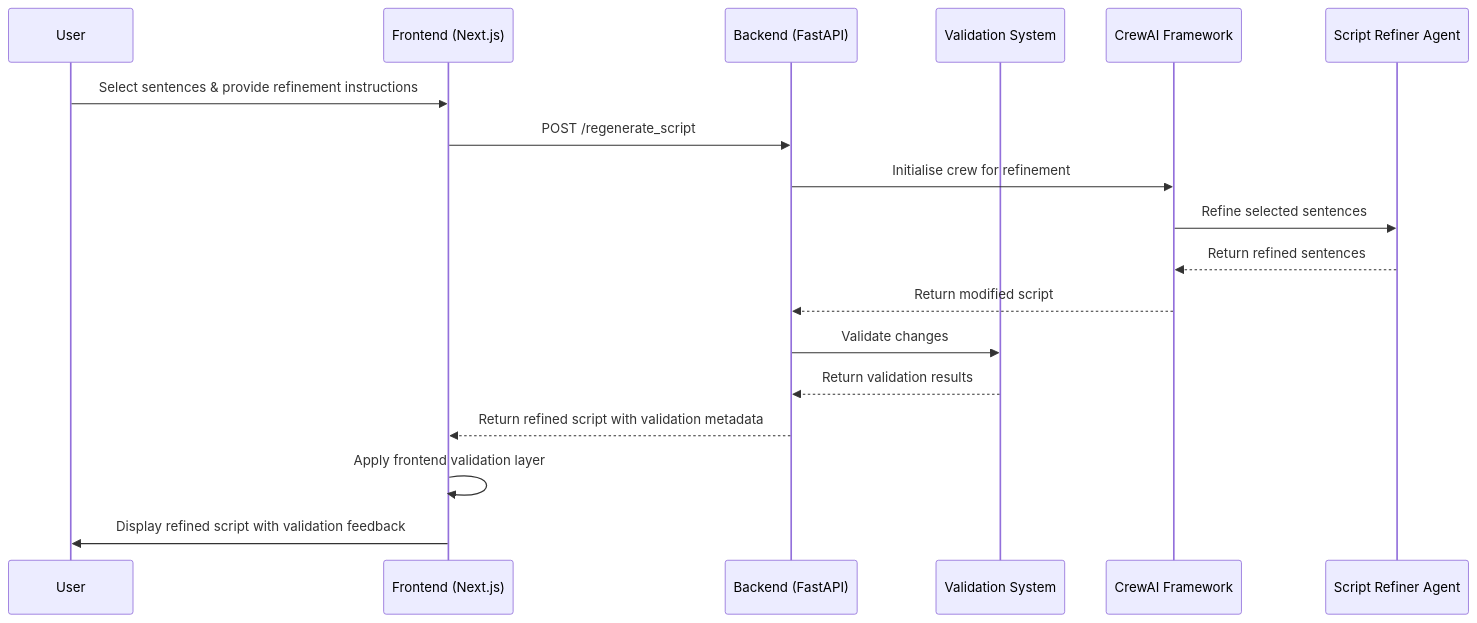
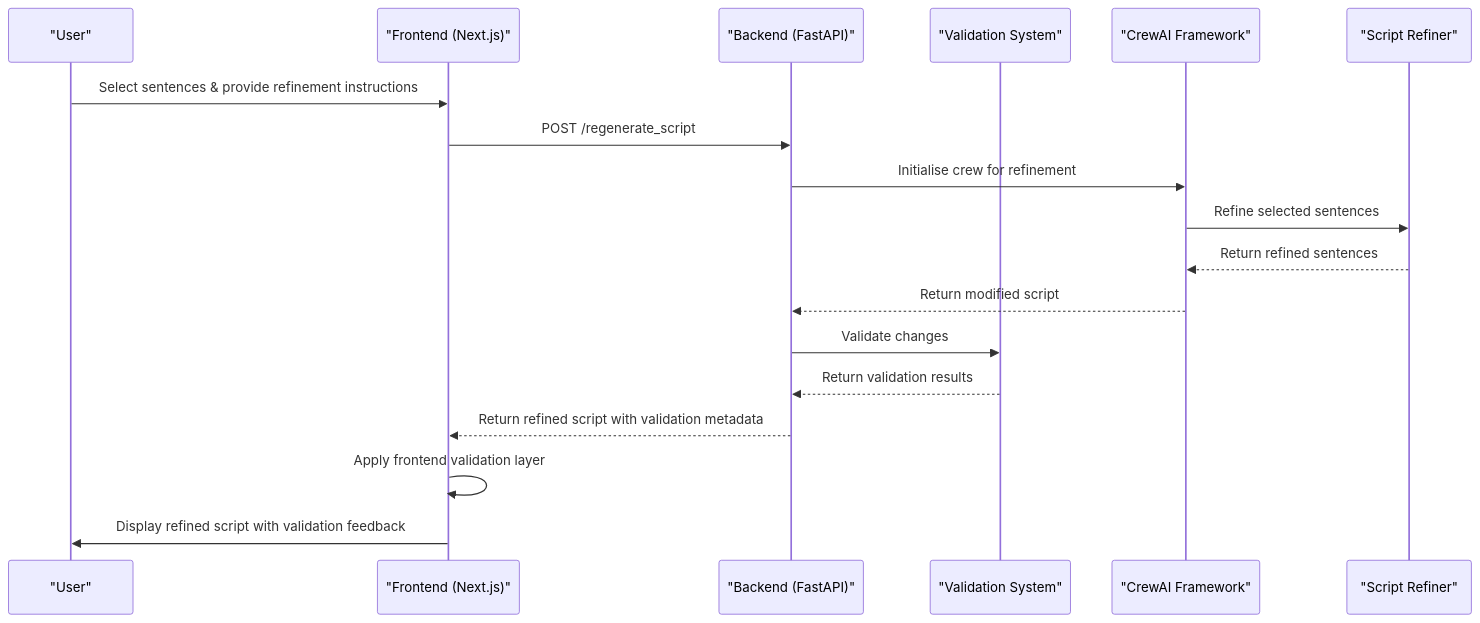
Before and after one commit to abhivir-42/marketing-app-ad-gen: the third of 7 diagrams in project-presentation.md, drawn with Mermaid. The commit also changed other lines of this file, not shown here.

Commit message:
Fix: Text truncation in diagrams

````diff
--- a/project-presentation.md
+++ b/project-presentation.md
@@ -204,21 +204,21 @@
 ```mermaid
 sequenceDiagram
-    participant User as User
-    participant FE as Frontend (Next.js)
-    participant BE as Backend (FastAPI)
-    participant Validator as Validation System
-    participant CrewAI as CrewAI Framework
-    participant RefineAgent as Script Refiner Agent
+    participant User as "User"
+    participant FE as "Frontend (Next.js)"
+    participant BE as "Backend (FastAPI)"
+    participant Validator as "Validation System"
+    participant CrewAI as "CrewAI Framework"
+    participant RefineAgent as "Script Refiner"
 
     User->>FE: Select sentences & provide refinement instructions
     FE->>BE: POST /regenerate_script
     BE->>CrewAI: Initialise crew for refinement
     CrewAI->>RefineAgent: Refine selected sentences
     RefineAgent-->>CrewAI: Return refined sentences
     CrewAI-->>BE: Return modified script
     BE->>Validator: Validate changes
     Validator-->>BE: Return validation results
     BE-->>FE: Return refined script with validation metadata
     FE->>FE: Apply frontend validation layer
     FE->>User: Display refined script with validation feedback
 ```
````
